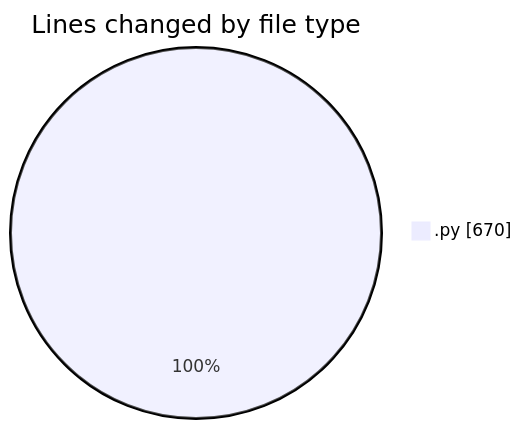
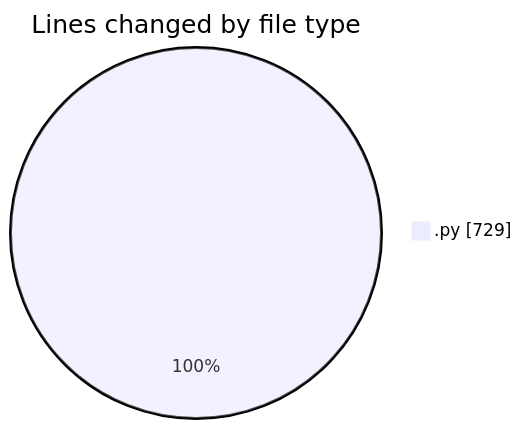
The first of 2 diagrams in 2025-11-19/eventscop-api-guide__workspace_/README.md (julien-gomy/code-tracking), drawn with Mermaid before and after one commit. The commit also changed other lines of this file and 1 other file, not shown here.

````diff
--- a/2025-11-19/eventscop-api-guide__workspace_/README.md
+++ b/2025-11-19/eventscop-api-guide__workspace_/README.md
@@ -21,5 +22,5 @@
 ```mermaid
 pie showData
 title Lines changed by file type
-".py" : 670
+".py" : 729
 ```
````
